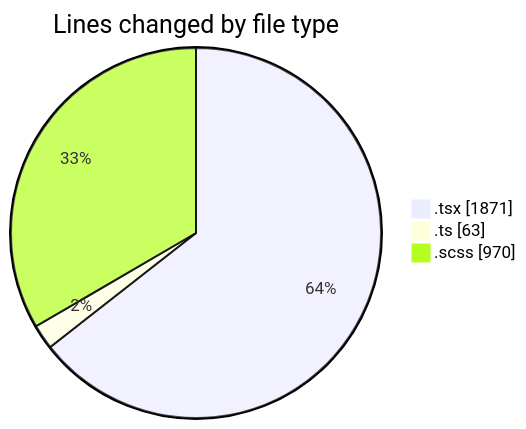
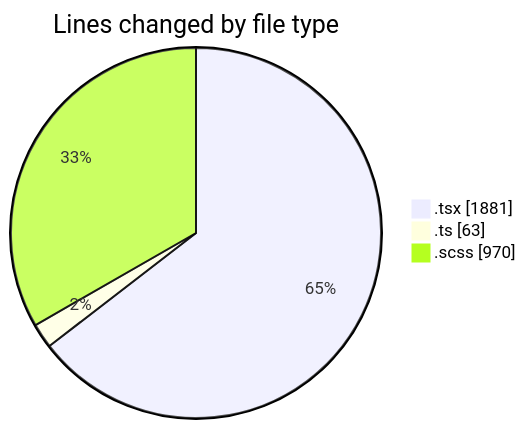
Before and after one commit to momahboobian/code-tracking: the first of 2 diagrams in 2025-04-02/cda/README.md, drawn with Mermaid. The commit also changed other lines of this file and 1 other file, not shown here.

````diff
--- a/2025-04-02/cda/README.md
+++ b/2025-04-02/cda/README.md
@@ -30,7 +30,7 @@
 ```mermaid
 pie showData
 title Lines changed by file type
-".tsx" : 1871
+".tsx" : 1881
 ".ts" : 63
 ".scss" : 970
 ```
````
